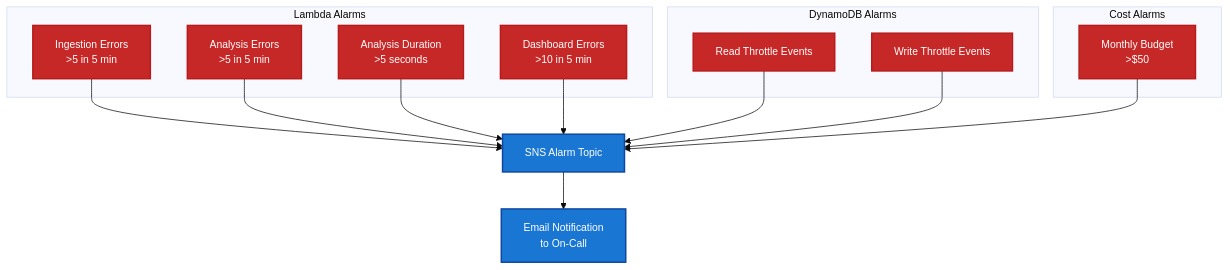
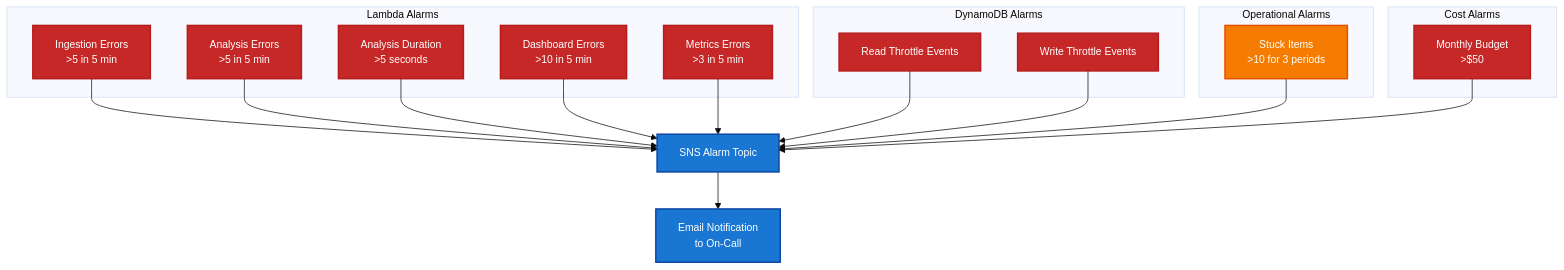
The tenth of 10 diagrams in docs/OPERATIONAL_FLOWS.md (traylorre/sentiment-analyzer-gsk), drawn with Mermaid before and after one commit. The commit also changed other lines of this file and 4 other files, not shown here.

First line of the commit message:
docs: Update diagrams for Metrics Lambda (TD-011)

````diff
--- a/docs/OPERATIONAL_FLOWS.md
+++ b/docs/OPERATIONAL_FLOWS.md
@@ -481,35 +554,44 @@
 ```mermaid
 %%{init: {'theme':'base', 'themeVariables': {'fontSize':'14px'}}}%%
 graph TD
     subgraph "Lambda Alarms"
         IngestionErrors[Ingestion Errors<br/>>5 in 5 min]
         AnalysisErrors[Analysis Errors<br/>>5 in 5 min]
         AnalysisDuration[Analysis Duration<br/>>5 seconds]
         DashboardErrors[Dashboard Errors<br/>>10 in 5 min]
+        MetricsErrors[Metrics Errors<br/>>3 in 5 min]
     end
 
     subgraph "DynamoDB Alarms"
         ReadThrottle[Read Throttle Events]
         WriteThrottle[Write Throttle Events]
+    end
+
+    subgraph "Operational Alarms"
+        StuckItems[Stuck Items<br/>>10 for 3 periods]
     end
 
     subgraph "Cost Alarms"
         BudgetAlert[Monthly Budget<br/>>$50]
     end
 
     IngestionErrors --> SNSTopic[SNS Alarm Topic]
     AnalysisErrors --> SNSTopic
     AnalysisDuration --> SNSTopic
     DashboardErrors --> SNSTopic
+    MetricsErrors --> SNSTopic
     ReadThrottle --> SNSTopic
     WriteThrottle --> SNSTopic
+    StuckItems --> SNSTopic
     BudgetAlert --> SNSTopic
 
     SNSTopic --> Email[Email Notification<br/>to On-Call]
 
     classDef alarm fill:#c62828,stroke:#b71c1c,stroke-width:2px,color:#fff
     classDef notification fill:#1976d2,stroke:#0d47a1,stroke-width:2px,color:#fff
+    classDef operational fill:#f57c00,stroke:#e65100,stroke-width:2px,color:#fff
 
-    class IngestionErrors,AnalysisErrors,AnalysisDuration,DashboardErrors,ReadThrottle,WriteThrottle,BudgetAlert alarm
+    class IngestionErrors,AnalysisErrors,AnalysisDuration,DashboardErrors,MetricsErrors,ReadThrottle,WriteThrottle,BudgetAlert alarm
+    class StuckItems operational
     class SNSTopic,Email notification
 ```
````
